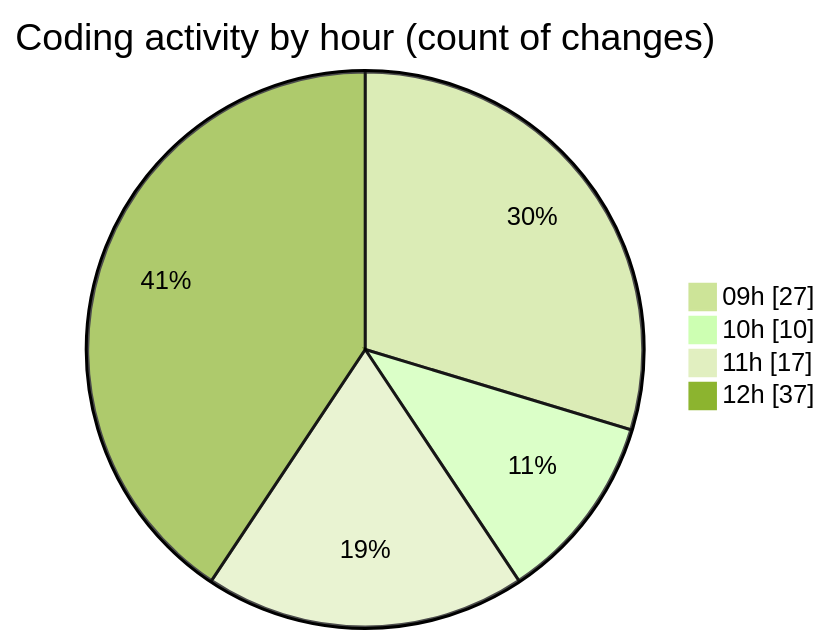
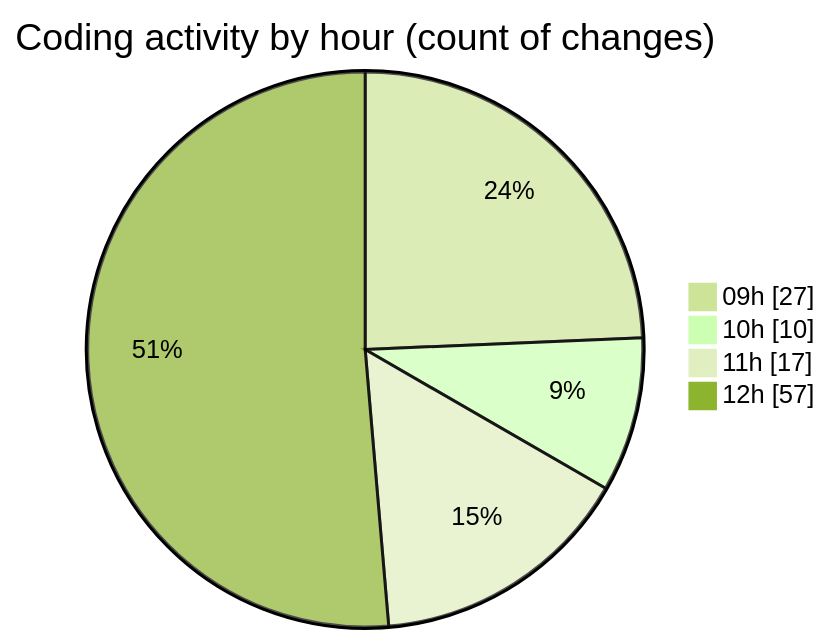
Before and after one commit to momahboobian/code-tracking: the second of 2 diagrams in 2026-05-15/cda/README.md, drawn with Mermaid (forest theme). The commit also changed other lines of this file and 1 other file, not shown here.

````diff
--- a/2026-05-15/cda/README.md
+++ b/2026-05-15/cda/README.md
@@ -54,8 +56,8 @@
 ```mermaid
 pie showData
 title Coding activity by hour (count of changes)
 "09h" : 27
 "10h" : 10
 "11h" : 17
-"12h" : 37
+"12h" : 57
 ```
````
